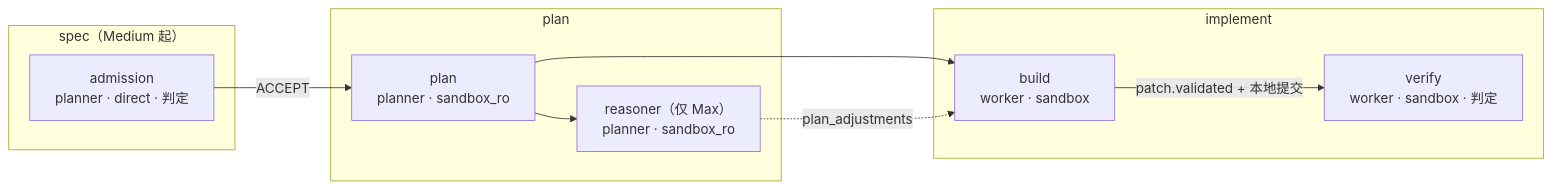
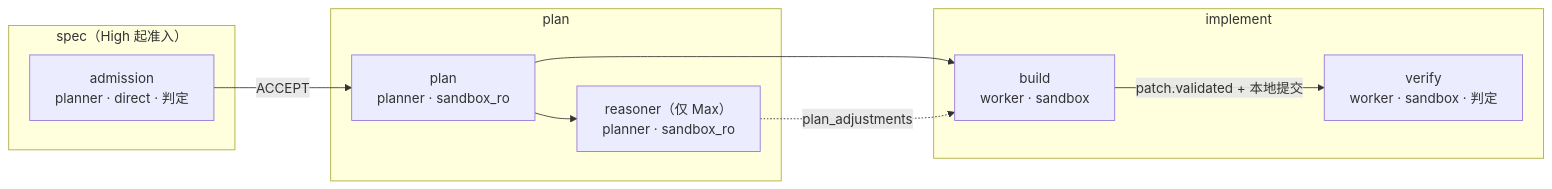
Before and after one commit to LeXwDeX/Gantry: the first of 2 diagrams in docs/modules/engine.md, drawn with Mermaid. The commit also changed other lines of this file, not shown here.

````diff
--- a/docs/modules/engine.md
+++ b/docs/modules/engine.md
@@ -332,19 +335,19 @@
 ```mermaid
 flowchart LR
-  subgraph spec["spec（Medium 起）"]
+  subgraph spec["spec（High 起准入）"]
     adm["admission<br/>planner · direct · 判定"]
   end
   subgraph plan["plan"]
     pl["plan<br/>planner · sandbox_ro"]
     rs["reasoner（仅 Max）<br/>planner · sandbox_ro"]
   end
   subgraph impl["implement"]
     bd["build<br/>worker · sandbox"]
     vf["verify<br/>worker · sandbox · 判定"]
   end
   adm -- ACCEPT --> pl
   pl --> rs
   pl --> bd
   rs -. plan_adjustments .-> bd
   bd -- "patch.validated + 本地提交" --> vf
 ```
````
